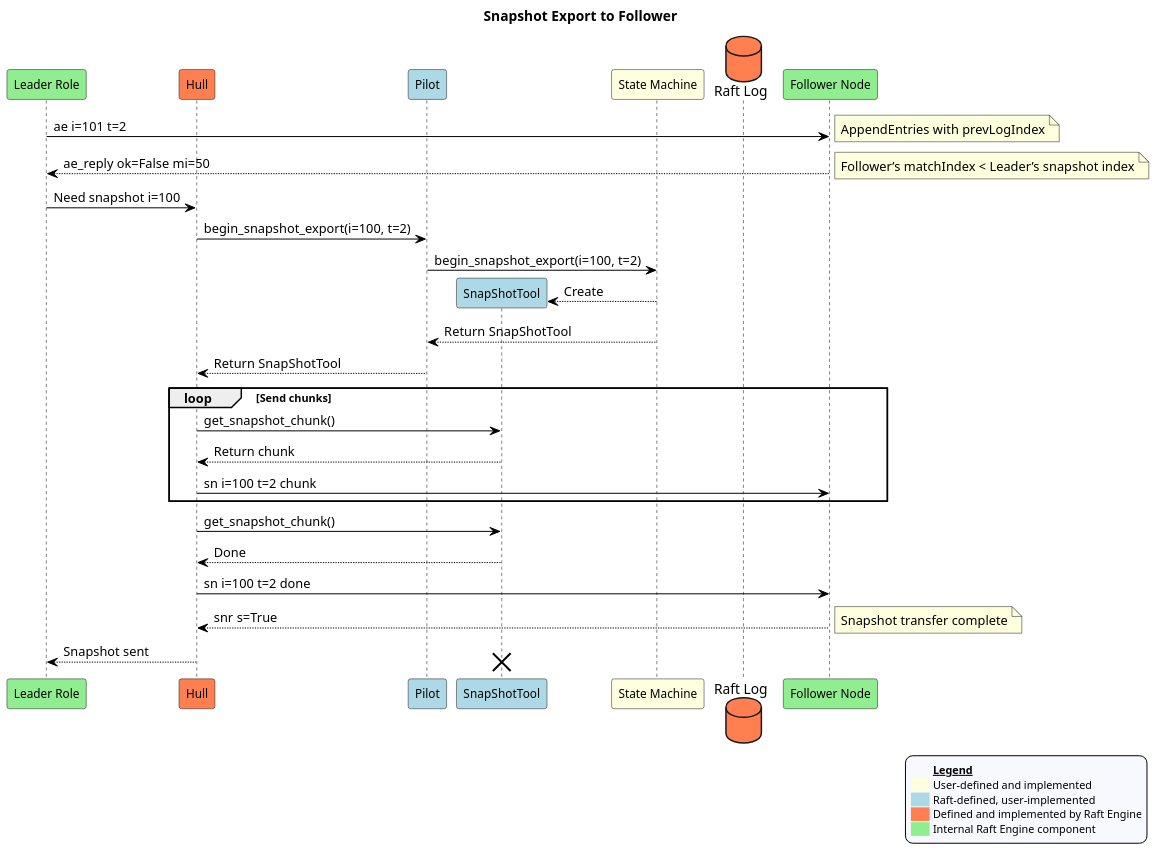
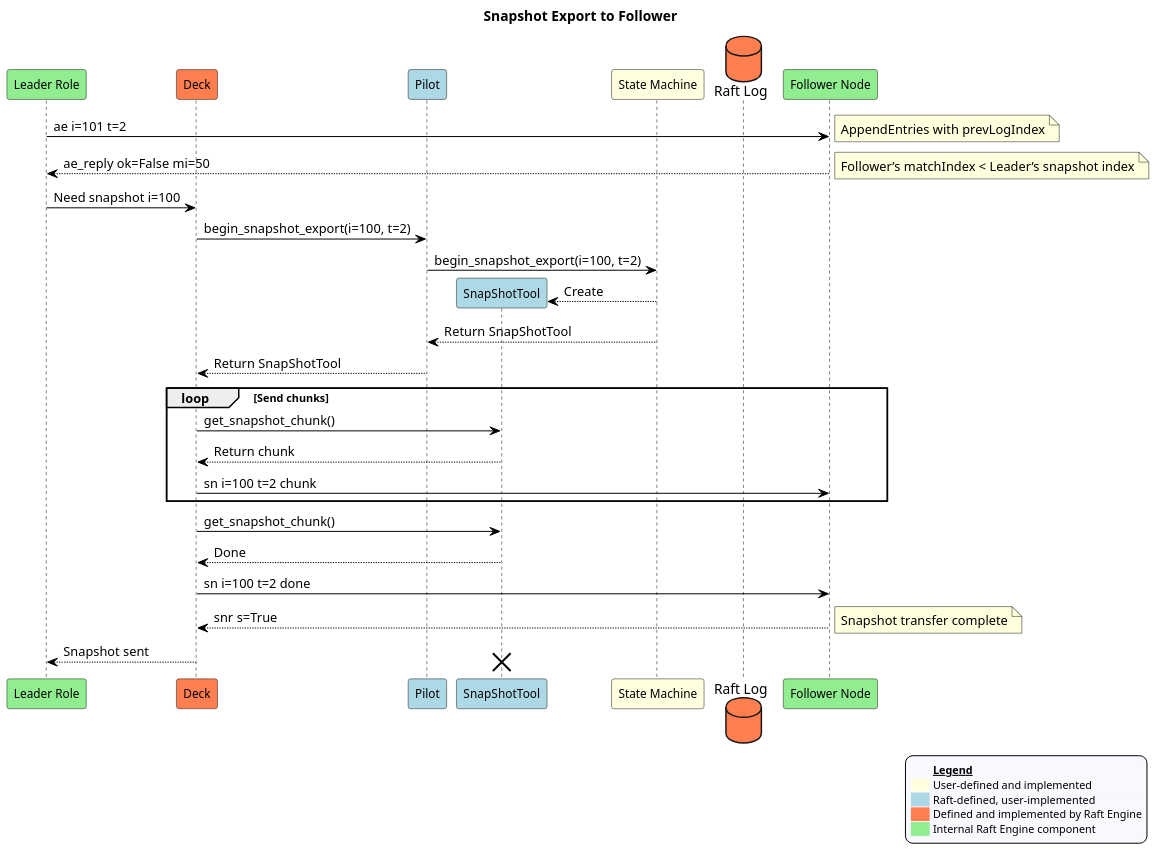
Before and after one commit to dlparker/raftengine: the diagram in old_docs/source/_static/diagrams/snapshot_export.puml, drawn with PlantUML. The commit also changed 43 other files, not shown here.

Commit message:
renamed HullAPI and all references to it to DeckAPI

```diff
--- a/old_docs/source/_static/diagrams/snapshot_export.puml
+++ b/old_docs/source/_static/diagrams/snapshot_export.puml
@@ -1,57 +1,57 @@
 @startuml
 !pragma ratio 0.7
 skinparam dpi 150
 skinparam monochrome false
 skinparam sequence {
   ArrowColor Black
   ActorBorderColor Black
   LifeLineBorderColor Black
   ParticipantFontSize 12
   Padding 10
 }
 skinparam legend {
   backgroundColor #GhostWhite
   entrySeparator #GhostWhite
   FontSize 11
 }
 title Snapshot Export to Follower
 
 participant "Leader Role" as leader order 10 #Lightgreen
-participant Hull as hull order 20 #Coral
+participant Deck as hull order 20 #Coral
 participant Pilot as pilot order 30 #Lightblue
 participant "State Machine" as app_state order 40 #Lightyellow
 database "Raft Log" as raft_log order 50 #Coral
 participant "Follower Node" as node order 60 #Lightgreen
 
 leader -> node: ae i=101 t=2
 note right: AppendEntries with prevLogIndex
 node --> leader: ae_reply ok=False mi=50
 note right: Follower’s matchIndex < Leader’s snapshot index
 leader -> hull: Need snapshot i=100
 hull -> pilot: begin_snapshot_export(i=100, t=2)
 pilot -> app_state: begin_snapshot_export(i=100, t=2)
 create participant "SnapShotTool" as tool order 35 #Lightblue
 app_state --> tool: Create
 app_state --> pilot: Return SnapShotTool
 pilot --> hull: Return SnapShotTool
 loop Send chunks
   hull -> tool: get_snapshot_chunk()
   tool --> hull: Return chunk
   hull -> node: sn i=100 t=2 chunk
 end
 hull -> tool: get_snapshot_chunk()
 tool --> hull: Done
 hull -> node: sn i=100 t=2 done
 node --> hull: snr s=True
 note right: Snapshot transfer complete
 hull --> leader: Snapshot sent
 destroy tool
 
 legend right
   <#GhostWhite,#GhostWhite>|       |= __Legend__ |
   |<#Lightyellow>| User-defined and implemented|
   |<#Lightblue>| Raft-defined, user-implemented|
   |<#Coral>| Defined and implemented by Raft Engine|
   |<#Lightgreen>| Internal Raft Engine component|
 endlegend
 @enduml
```
